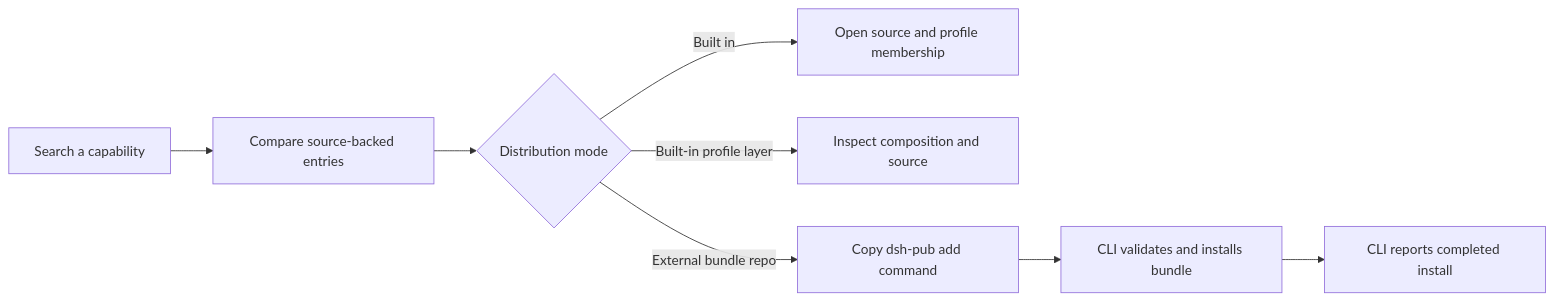
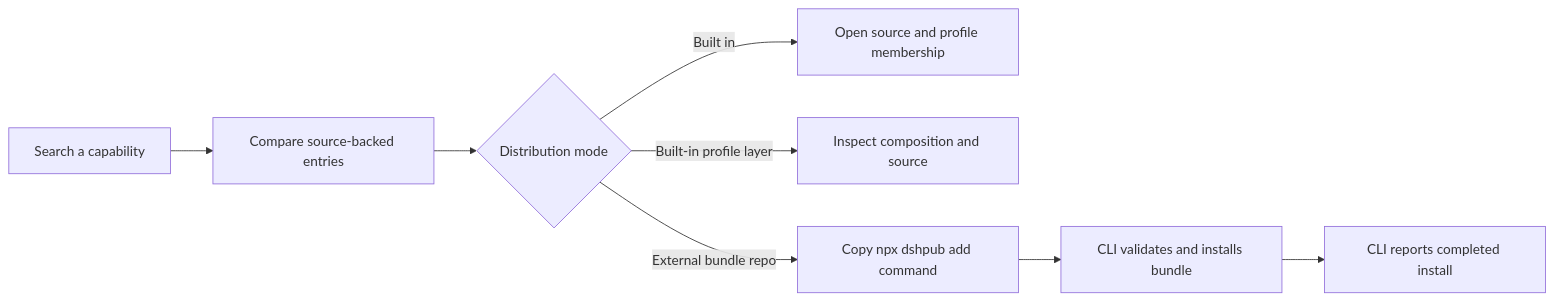
The diagram in docs/product.md (dsh-pub/dsh-pub), drawn with Mermaid before and after one commit. The commit also changed other lines of this file and 62 other files, not shown here.

Commit message:
feat: complete dsh.pub registry launch

````diff
--- a/docs/product.md
+++ b/docs/product.md
@@ -30,10 +30,10 @@
 ```mermaid
 flowchart LR
     A[Search a capability] --> B[Compare source-backed entries]
     B --> C{Distribution mode}
     C -->|Built in| D[Open source and profile membership]
     C -->|Built-in profile layer| H[Inspect composition and source]
-    C -->|External bundle repo| E[Copy dsh-pub add command]
+    C -->|External bundle repo| E[Copy npx dshpub add command]
     E --> F[CLI validates and installs bundle]
     F --> G[CLI reports completed install]
 ```
````
